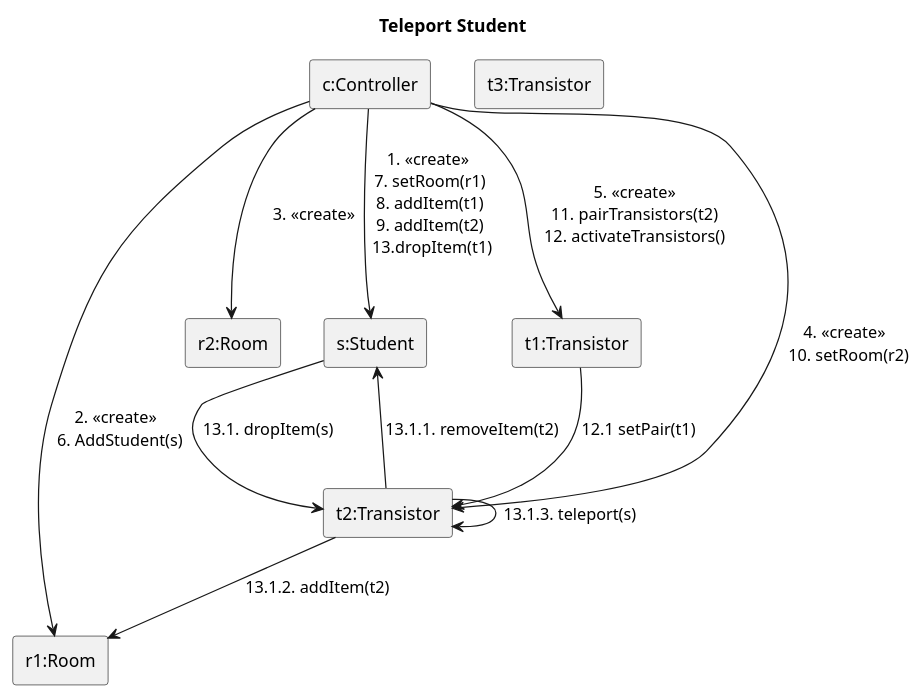
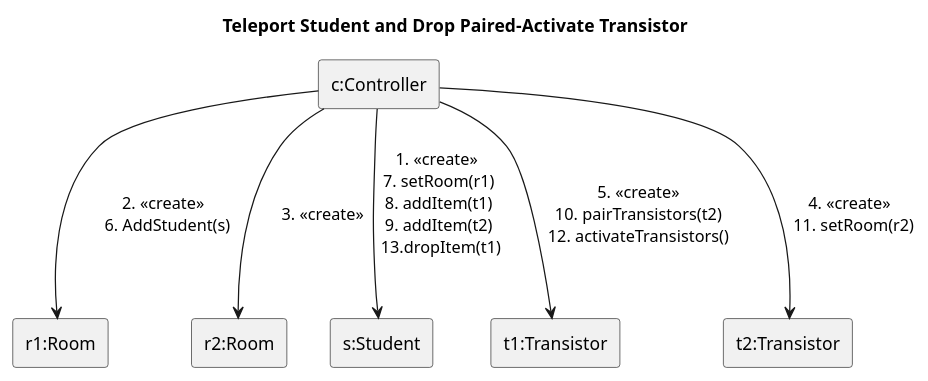
Before and after one commit to MBakter/echo: the diagram in docs/communication_diagrams/transistor_teleport_communication.plantuml, drawn with PlantUML. The commit also changed 32 other files, not shown here.

Commit message:
diagrams

```diff
--- a/docs/communication_diagrams/transistor_teleport_communication.plantuml
+++ b/docs/communication_diagrams/transistor_teleport_communication.plantuml
@@ -1,30 +1,30 @@
 @startuml ser
-title  Teleport Student
+title  Teleport Student and Drop Paired-Activate Transistor
 
 skinparam linestyle ortho
 rectangle "c:Controller" as c
 rectangle "r1:Room" as r1
 rectangle "r2:Room" as r2
 rectangle "s:Student" as s
 
 rectangle "t1:Transistor" as t1
 rectangle "t2:Transistor" as t2
-rectangle "t3:Transistor" as t3
+'rectangle "t3:Transistor" as t3
 c --> s: 1. <<create>> \n 7. setRoom(r1) \n 8. addItem(t1) \n 9. addItem(t2) \n 13.dropItem(t1)\n
-s --> t2: 13.1. dropItem(s)
-t2 --> s: 13.1.1. removeItem(t2)
-t2 --> r1: 13.1.2. addItem(t2)
-t2 --> t2: 13.1.3. teleport(s)
+' s --> t2: 13.1. dropItem(s)
+' t2 --> s: 13.1.1. removeItem(t2)
+' t2 --> r1: 13.1.2. addItem(t2)
+' t2 --> t2: 13.1.3. teleport(s)
 c --> r1: 2. <<create>> \n 6. AddStudent(s)  
 c --> r2: 3. <<create>>
-c --> t1: 5. <<create>>\n11. pairTransistors(t2)\n12. activateTransistors()
-c --> t2: 4. <<create>> \n 10. setRoom(r2)
+c --> t1: 5. <<create>>\n10. pairTransistors(t2)\n12. activateTransistors()
+c --> t2: 4. <<create>> \n 11. setRoom(r2)
 
 
 
 
-t1 --> t2: 12.1 setPair(t1)
+'t1 --> t2: 12.1 setPair(t1)
 
 
 
 @enduml
```
